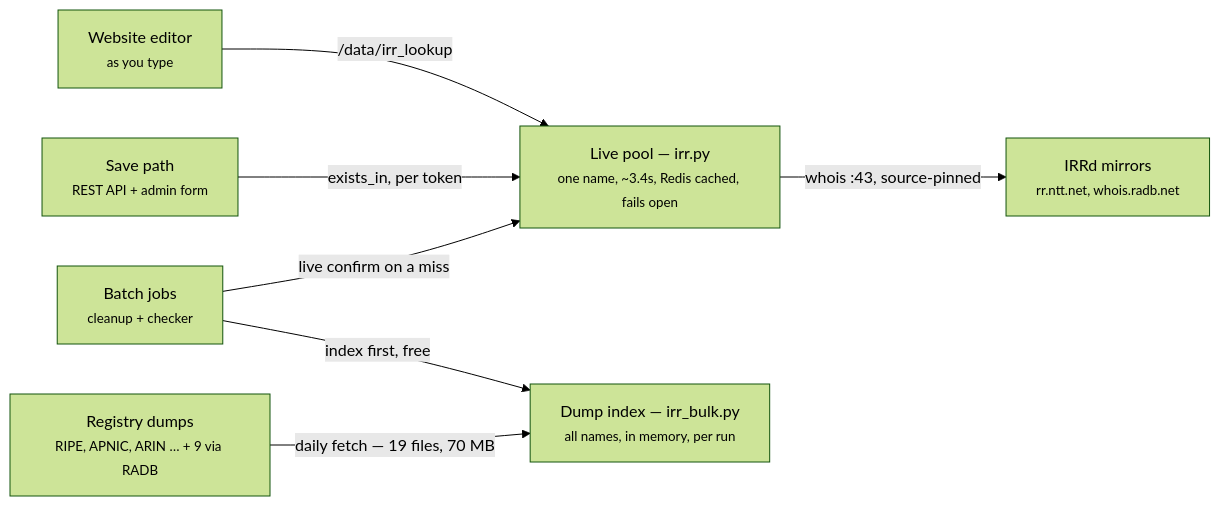
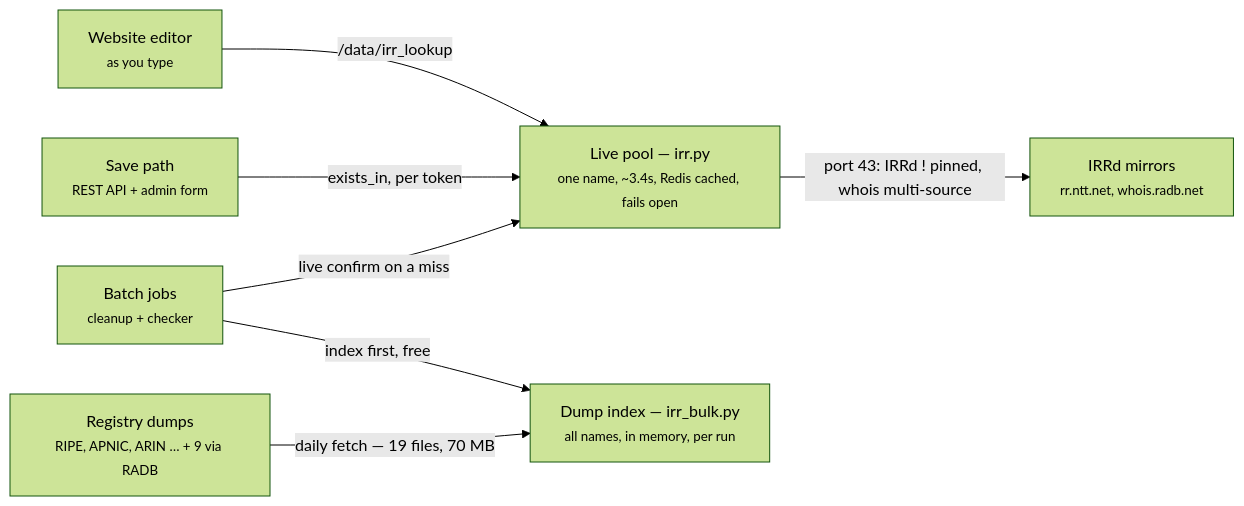
Before and after one commit to peeringdb/peeringdb: the first of 3 diagrams in docs/ops/irr_as_set_verification.md, drawn with Mermaid (forest theme). The commit also changed other lines of this file and 6 other files, not shown here.

````diff
--- a/docs/ops/irr_as_set_verification.md
+++ b/docs/ops/irr_as_set_verification.md
@@ -25,9 +25,9 @@
 ```mermaid
 flowchart LR
   editor[Website editor<br/><small>as you type</small>] -->|/data/irr_lookup| pool
   save[Save path<br/><small>REST API + admin form</small>] -->|exists_in, per token| pool
   batch[Batch jobs<br/><small>cleanup + checker</small>] -->|index first, free| index
   batch -->|live confirm on a miss| pool
-  pool[Live pool — irr.py<br/><small>one name, ~3.4s, Redis cached, fails open</small>] -->|whois :43, source-pinned| mirrors[IRRd mirrors<br/><small>rr.ntt.net, whois.radb.net</small>]
+  pool[Live pool — irr.py<br/><small>one name, ~3.4s, Redis cached, fails open</small>] -->|port 43: IRRd ! pinned, whois multi-source| mirrors[IRRd mirrors<br/><small>rr.ntt.net, whois.radb.net</small>]
   dumps[Registry dumps<br/><small>RIPE, APNIC, ARIN … + 9 via RADB</small>] -->|daily fetch — 19 files, 70 MB| index[Dump index — irr_bulk.py<br/><small>all names, in memory, per run</small>]
 ```
````
